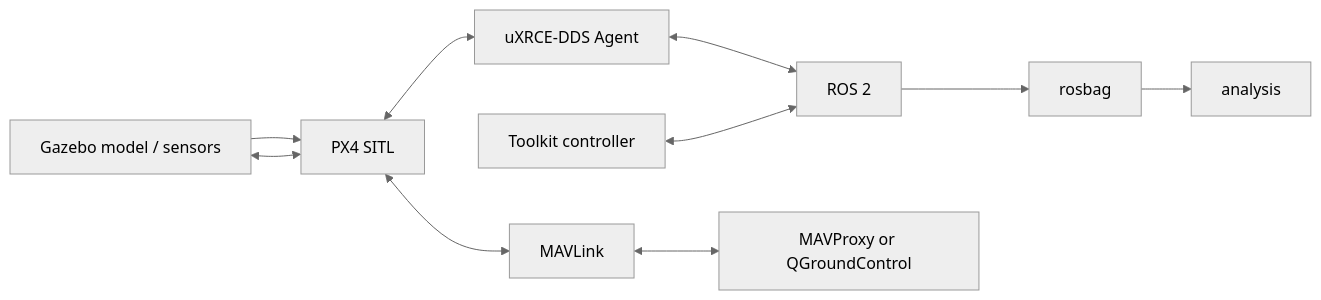
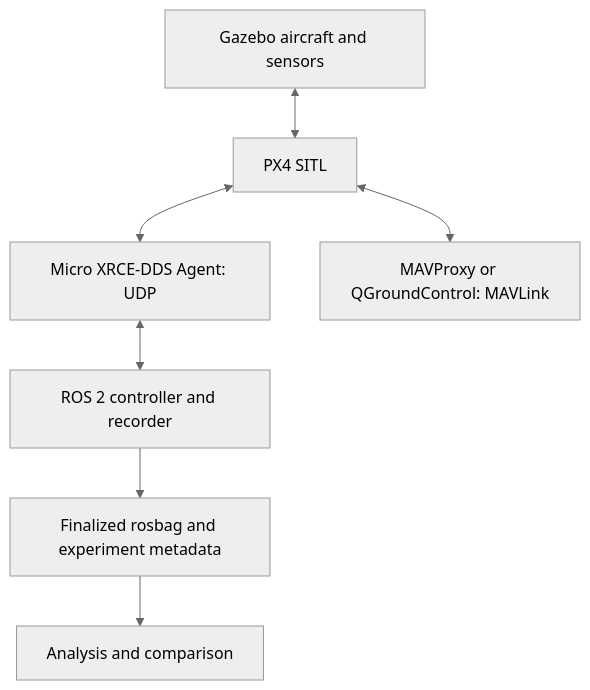
Before and after one commit to ANCL/px4-dev-toolkit: the first of 2 diagrams in docs/reference/architecture.md, drawn with Mermaid (neutral theme). The commit also changed other lines of this file and 11 other files, not shown here.

````diff
--- a/docs/reference/architecture.md
+++ b/docs/reference/architecture.md
@@ -64,12 +7,9 @@
 ```mermaid
-flowchart LR
-    G[Gazebo model / sensors] --> P[PX4 SITL]
-    P <--> G
-    P <--> X[uXRCE-DDS Agent]
-    X <--> R[ROS 2]
-    C[Toolkit controller] <--> R
-    P <--> M[MAVLink]
-    M <--> MP[MAVProxy or QGroundControl]
-    R --> B[rosbag]
-    B --> A[analysis]
+flowchart TB
+    G[Gazebo aircraft and sensors] <--> P[PX4 SITL]
+    P <--> X[Micro XRCE-DDS Agent: UDP]
+    X <--> R[ROS 2 controller and recorder]
+    P <--> M[MAVProxy or QGroundControl: MAVLink]
+    R --> B[Finalized rosbag and experiment metadata]
+    B --> A[Analysis and comparison]
 ```
````
